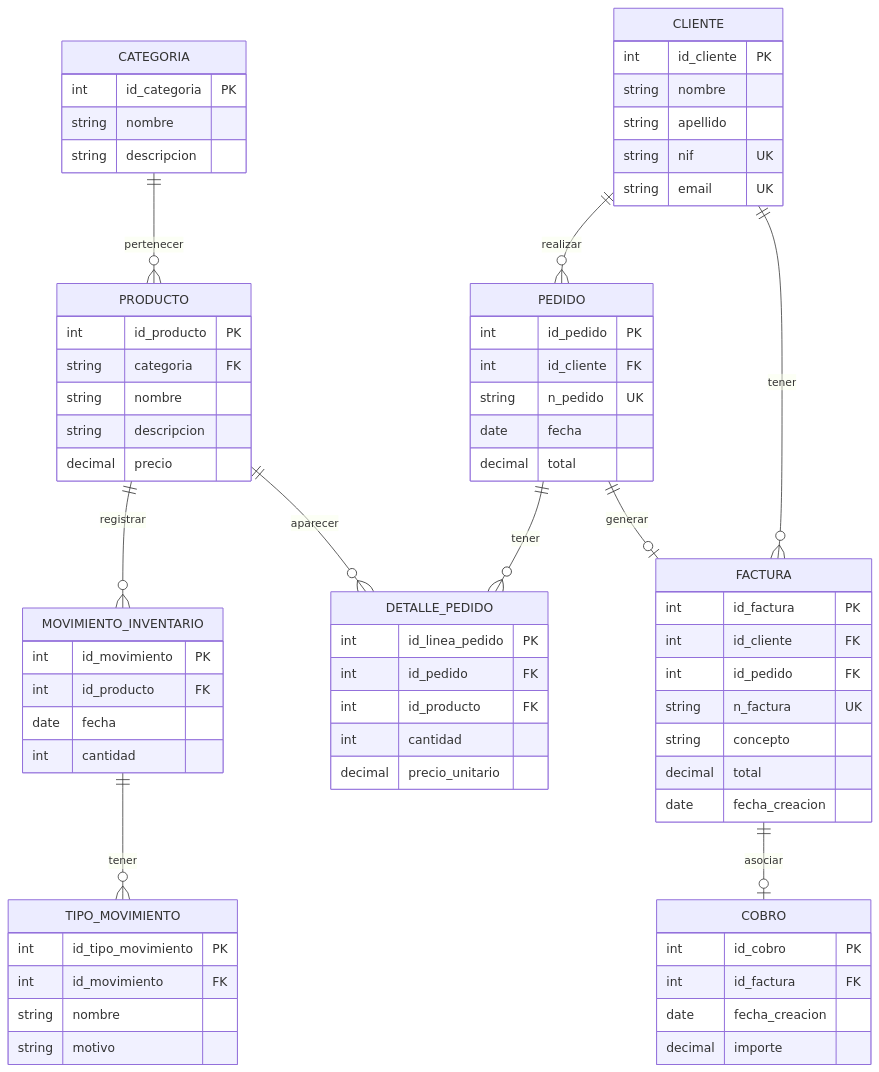
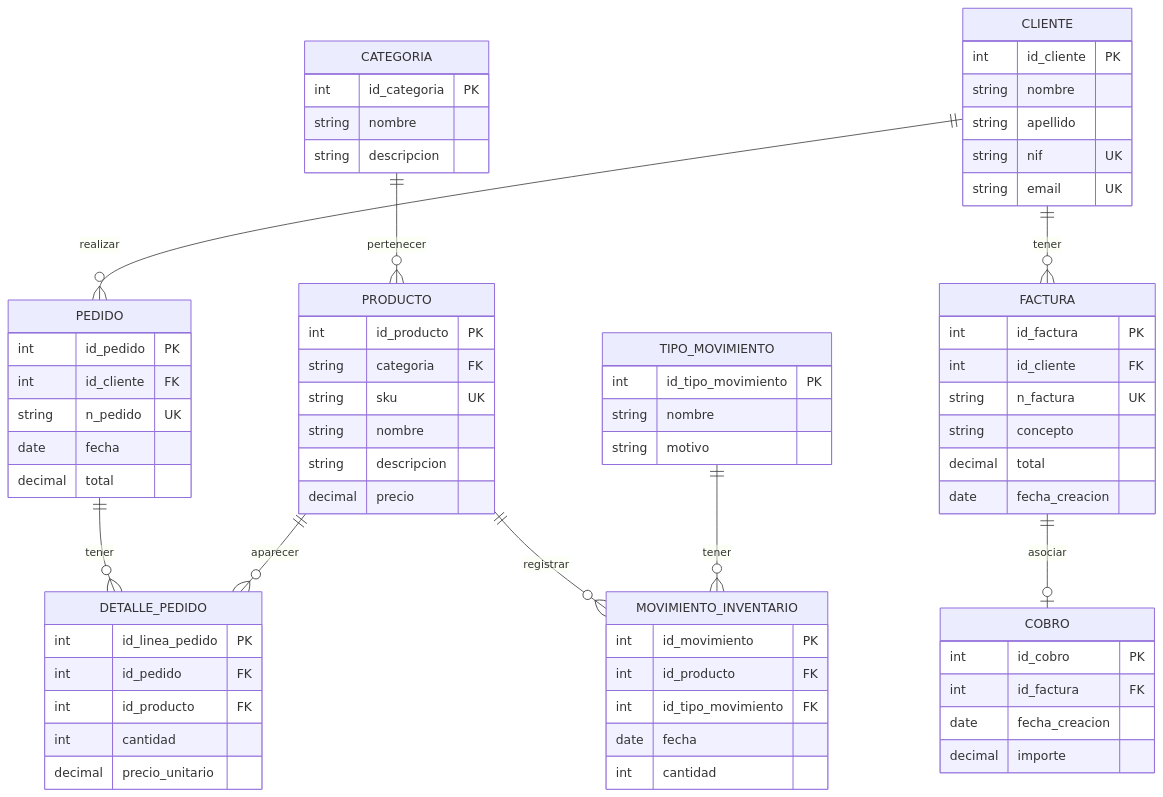
One commit to InesLlopis/la-pitayera changed the diagram in docs/diagramaER.md. Above: the diagram before and after it, drawn with Mermaid. The commit also changed 16 other files, not shown here.

````diff
--- a/docs/diagramaER.md
+++ b/docs/diagramaER.md
@@ -5,83 +5,83 @@
 ```mermaid
 erDiagram
     
     PRODUCTO {
         int id_producto PK
         string categoria FK
+        string sku UK
         string nombre
         string descripcion
         decimal precio
     }
 
     CATEGORIA {
         int id_categoria PK
         string nombre
         string descripcion
     }
 
     PEDIDO {
         int id_pedido PK
         int id_cliente FK
         string n_pedido UK
         date fecha
         decimal total
     }
 
     DETALLE_PEDIDO {
         int id_linea_pedido PK
         int id_pedido FK
         int id_producto FK
         int cantidad
         decimal precio_unitario
     }
 
     MOVIMIENTO_INVENTARIO {
         int id_movimiento PK
         int id_producto FK
+        int id_tipo_movimiento FK
         date fecha
         int cantidad
     }
 
     TIPO_MOVIMIENTO {
         int id_tipo_movimiento PK
-        int id_movimiento FK
+        
         string nombre
         string motivo
     }
 
     CLIENTE {
         int id_cliente PK
         string nombre
         string apellido
         string nif UK
         string email UK
     }
 
     FACTURA {
         int id_factura PK
         int id_cliente FK
-        int id_pedido FK
         string n_factura UK
         string concepto
         decimal total
         date fecha_creacion
     }
 
     COBRO {
         int id_cobro PK
         int id_factura FK
         date fecha_creacion
         decimal importe
     }
 
     CLIENTE ||--o{ FACTURA : tener
-    PEDIDO ||--o| FACTURA : generar
     FACTURA ||--o| COBRO : asociar
     CLIENTE ||--o{ PEDIDO : realizar
     CATEGORIA ||--o{ PRODUCTO : pertenecer
     PEDIDO ||--o{ DETALLE_PEDIDO: tener
     PRODUCTO ||--o{ DETALLE_PEDIDO : aparecer
     PRODUCTO ||--o{ MOVIMIENTO_INVENTARIO : registrar
-    MOVIMIENTO_INVENTARIO ||--o{ TIPO_MOVIMIENTO : tener
+    TIPO_MOVIMIENTO ||--o{ MOVIMIENTO_INVENTARIO : tener
     
 ```
````
